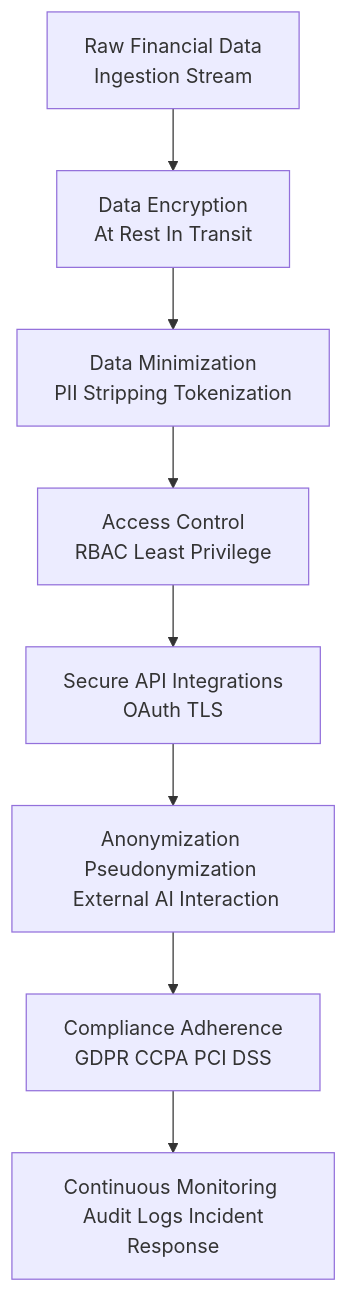
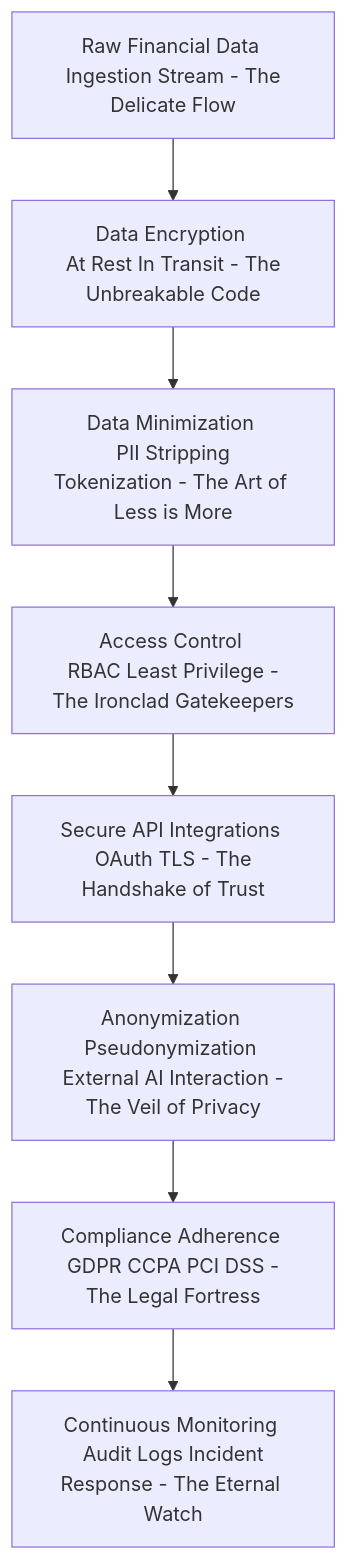
Before and after one commit to diplomat-bit/Citibank_Demo_Business_Inc_Demonstration-: the eighth of 10 diagrams in inventions/inventions/006_ai_subscription_detection/009_ai_financial_anomaly_detection.md, drawn with Mermaid. The commit also changed other lines of this file, not shown here.

````diff
--- a/inventions/inventions/006_ai_subscription_detection/009_ai_financial_anomaly_detection.md
+++ b/inventions/inventions/006_ai_subscription_detection/009_ai_financial_anomaly_detection.md
@@ -279,10 +279,10 @@
 ```mermaid
 graph TD
-    A[Raw Financial Data <br/> Ingestion Stream] --> B[Data Encryption <br/> At Rest In Transit]
-    B --> C[Data Minimization <br/> PII Stripping Tokenization]
-    C --> D[Access Control <br/> RBAC Least Privilege]
-    D --> E[Secure API Integrations <br/> OAuth TLS]
-    E --> F[Anonymization Pseudonymization <br/> External AI Interaction]
-    F --> G[Compliance Adherence <br/> GDPR CCPA PCI DSS]
-    G --> H[Continuous Monitoring <br/> Audit Logs Incident Response]
+    A[Raw Financial Data <br/> Ingestion Stream - The Delicate Flow] --> B[Data Encryption <br/> At Rest In Transit - The Unbreakable Code]
+    B --> C[Data Minimization <br/> PII Stripping Tokenization - The Art of Less is More]
+    C --> D[Access Control <br/> RBAC Least Privilege - The Ironclad Gatekeepers]
+    D --> E[Secure API Integrations <br/> OAuth TLS - The Handshake of Trust]
+    E --> F[Anonymization Pseudonymization <br/> External AI Interaction - The Veil of Privacy]
+    F --> G[Compliance Adherence <br/> GDPR CCPA PCI DSS - The Legal Fortress]
+    G --> H[Continuous Monitoring <br/> Audit Logs Incident Response - The Eternal Watch]
 ```
````
